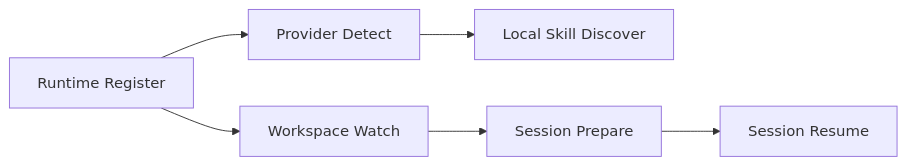
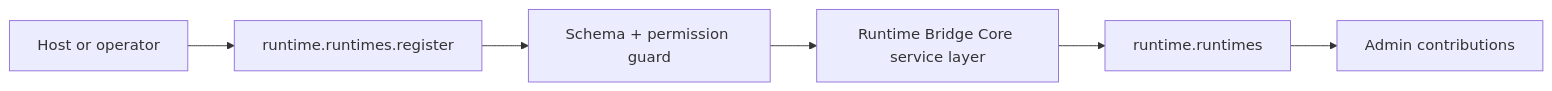
One commit to gutula/gutu-plugin-runtime-bridge-core changed the diagram in DEVELOPER.md. Above: the diagram before and after it, drawn with Mermaid. The commit also changed other lines of this file and 12 other files, not shown here.

````diff
--- a/DEVELOPER.md
+++ b/DEVELOPER.md
@@ -78,8 +125,8 @@
 ```mermaid
 flowchart LR
-  Register["Runtime Register"] --> Detect["Provider Detect"]
-  Register --> Watch["Workspace Watch"]
-  Detect --> Skills["Local Skill Discover"]
-  Watch --> Session["Session Prepare"]
-  Session --> Resume["Session Resume"]
+  caller["Host or operator"] --> action["runtime.runtimes.register"]
+  action --> validation["Schema + permission guard"]
+  validation --> service["Runtime Bridge Core service layer"]
+  service --> state["runtime.runtimes"]
+  state --> ui["Admin contributions"]
 ```
````
